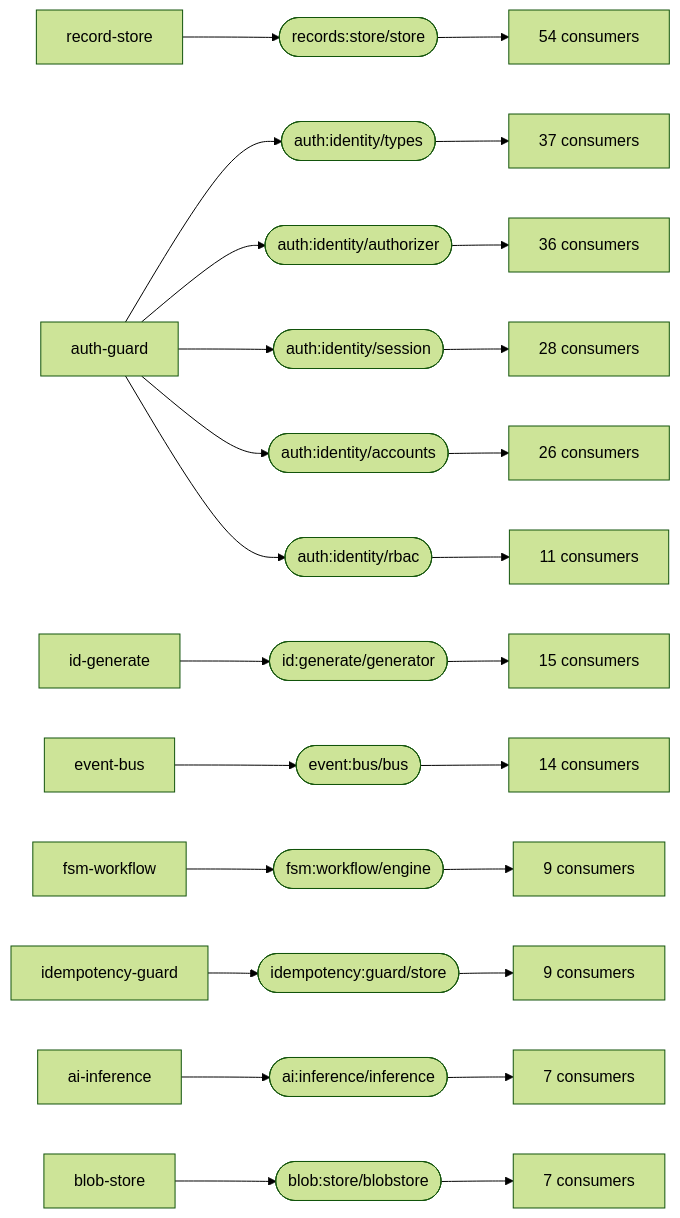
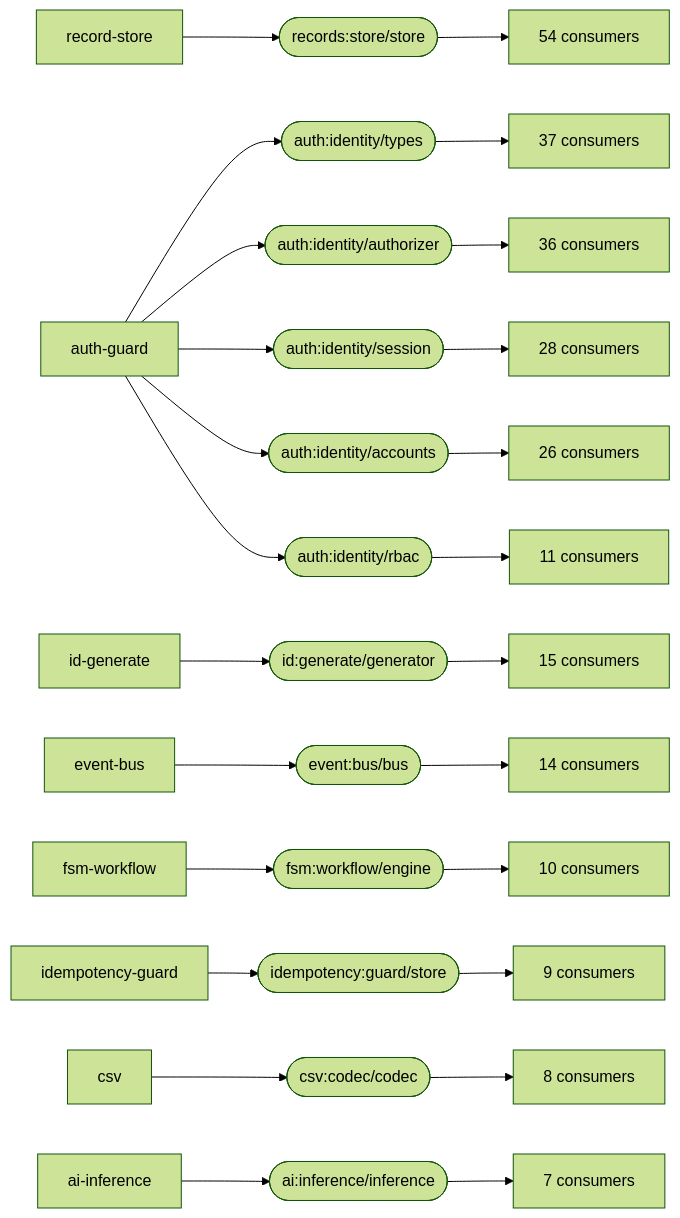
One commit to markkovari/holon changed the first of 2 diagrams in docs/CAPABILITY-GRAPH.md. Above: the diagram before and after it, drawn with Mermaid (forest theme). The commit also changed other lines of this file and 3 other files, not shown here.

````diff
--- a/docs/CAPABILITY-GRAPH.md
+++ b/docs/CAPABILITY-GRAPH.md
@@ -127,39 +128,39 @@
 ```mermaid
 graph LR
   records_store_store(["records:store/store"])
   record_store[record-store] --> records_store_store
   records_store_store --> many_records_store_store["54 consumers"]
   auth_identity_types(["auth:identity/types"])
   auth_guard[auth-guard] --> auth_identity_types
   auth_identity_types --> many_auth_identity_types["37 consumers"]
   auth_identity_authorizer(["auth:identity/authorizer"])
   auth_guard[auth-guard] --> auth_identity_authorizer
   auth_identity_authorizer --> many_auth_identity_authorizer["36 consumers"]
   auth_identity_session(["auth:identity/session"])
   auth_guard[auth-guard] --> auth_identity_session
   auth_identity_session --> many_auth_identity_session["28 consumers"]
   auth_identity_accounts(["auth:identity/accounts"])
   auth_guard[auth-guard] --> auth_identity_accounts
   auth_identity_accounts --> many_auth_identity_accounts["26 consumers"]
   id_generate_generator(["id:generate/generator"])
   id_generate[id-generate] --> id_generate_generator
   id_generate_generator --> many_id_generate_generator["15 consumers"]
   event_bus_bus(["event:bus/bus"])
   event_bus[event-bus] --> event_bus_bus
   event_bus_bus --> many_event_bus_bus["14 consumers"]
   auth_identity_rbac(["auth:identity/rbac"])
   auth_guard[auth-guard] --> auth_identity_rbac
   auth_identity_rbac --> many_auth_identity_rbac["11 consumers"]
   fsm_workflow_engine(["fsm:workflow/engine"])
   fsm_workflow[fsm-workflow] --> fsm_workflow_engine
-  fsm_workflow_engine --> many_fsm_workflow_engine["9 consumers"]
+  fsm_workflow_engine --> many_fsm_workflow_engine["10 consumers"]
   idempotency_guard_store(["idempotency:guard/store"])
   idempotency_guard[idempotency-guard] --> idempotency_guard_store
   idempotency_guard_store --> many_idempotency_guard_store["9 consumers"]
+  csv_codec_codec(["csv:codec/codec"])
+  csv[csv] --> csv_codec_codec
+  csv_codec_codec --> many_csv_codec_codec["8 consumers"]
   ai_inference_inference(["ai:inference/inference"])
   ai_inference[ai-inference] --> ai_inference_inference
   ai_inference_inference --> many_ai_inference_inference["7 consumers"]
-  blob_store_blobstore(["blob:store/blobstore"])
-  blob_store[blob-store] --> blob_store_blobstore
-  blob_store_blobstore --> many_blob_store_blobstore["7 consumers"]
 ```
````
